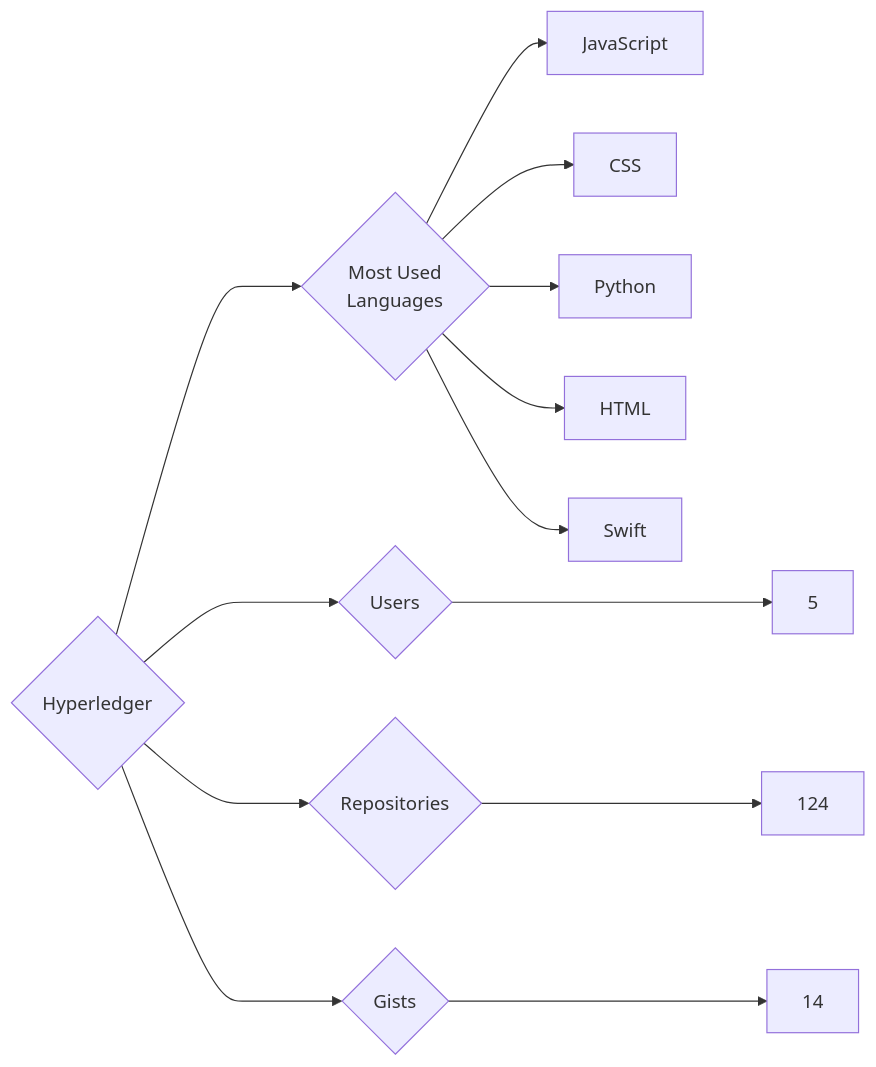
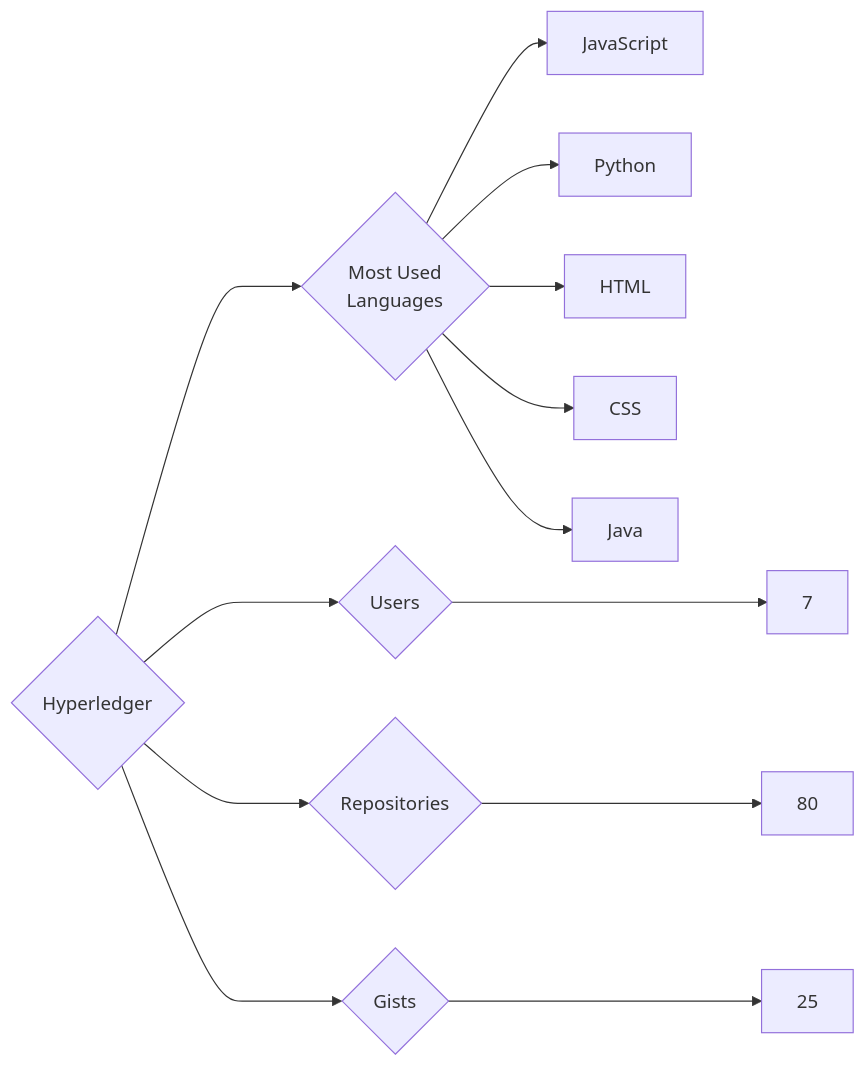
Before and after one commit to trickest/insiders: the diagram in targets/Hyperledger/README.md, drawn with Mermaid. The commit also changed 1167 other files, not shown here.

````diff
--- a/targets/Hyperledger/README.md
+++ b/targets/Hyperledger/README.md
@@ -3,13 +3,13 @@
 ```mermaid
 graph LR
 COMPANY_NAME{Hyperledger}
-COMPANY_NAME ---> U{Users} ---> UN[5]
-COMPANY_NAME ---> R{Repositories} ---> RN[124]
-COMPANY_NAME ---> G{Gists} ---> GN[14]
+COMPANY_NAME ---> U{Users} ---> UN[7]
+COMPANY_NAME ---> R{Repositories} ---> RN[80]
+COMPANY_NAME ---> G{Gists} ---> GN[25]
 COMPANY_NAME ---> ML{Most Used<br>Languages}
 ML --> JavaScript[JavaScript]
-ML --> CSS[CSS]
 ML --> Python[Python]
 ML --> HTML[HTML]
-ML --> Swift[Swift]
+ML --> CSS[CSS]
+ML --> Java[Java]
 ```
````
